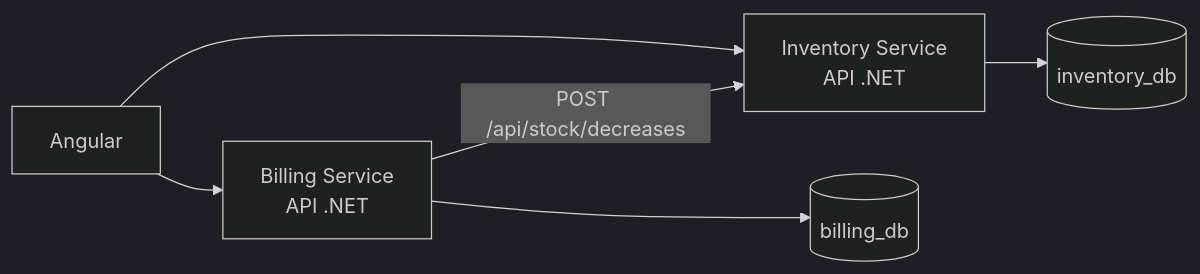
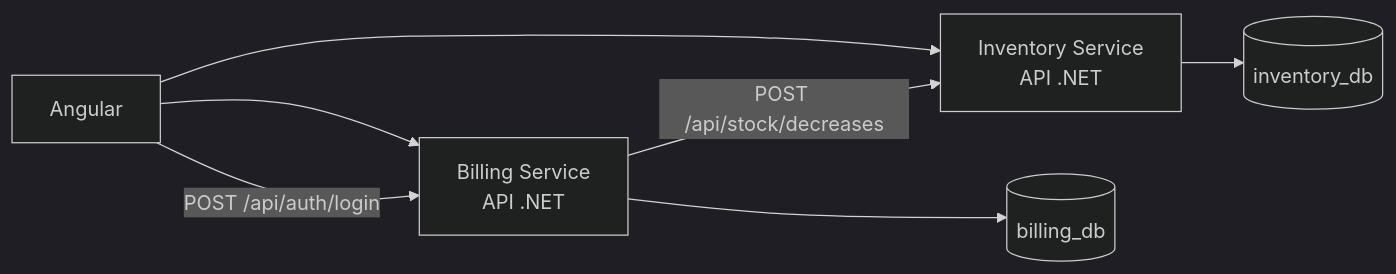
One commit to Bruno23111/Korp_Teste_BrunoBomfimLima changed the diagram in README.md. Above: the diagram before and after it, drawn with Mermaid (dark theme). The commit also changed other lines of this file and 52 other files, not shown here.

````diff
--- a/README.md
+++ b/README.md
@@ -28,8 +45,9 @@
 ```mermaid
 flowchart LR
     UI[Angular] --> INV[Inventory Service\nAPI .NET]
     UI --> BILL[Billing Service\nAPI .NET]
+    UI -->|POST /api/auth/login| BILL
     BILL -->|POST /api/stock/decreases| INV
     INV --> IDB[(inventory_db)]
     BILL --> BDB[(billing_db)]
 ```
````
